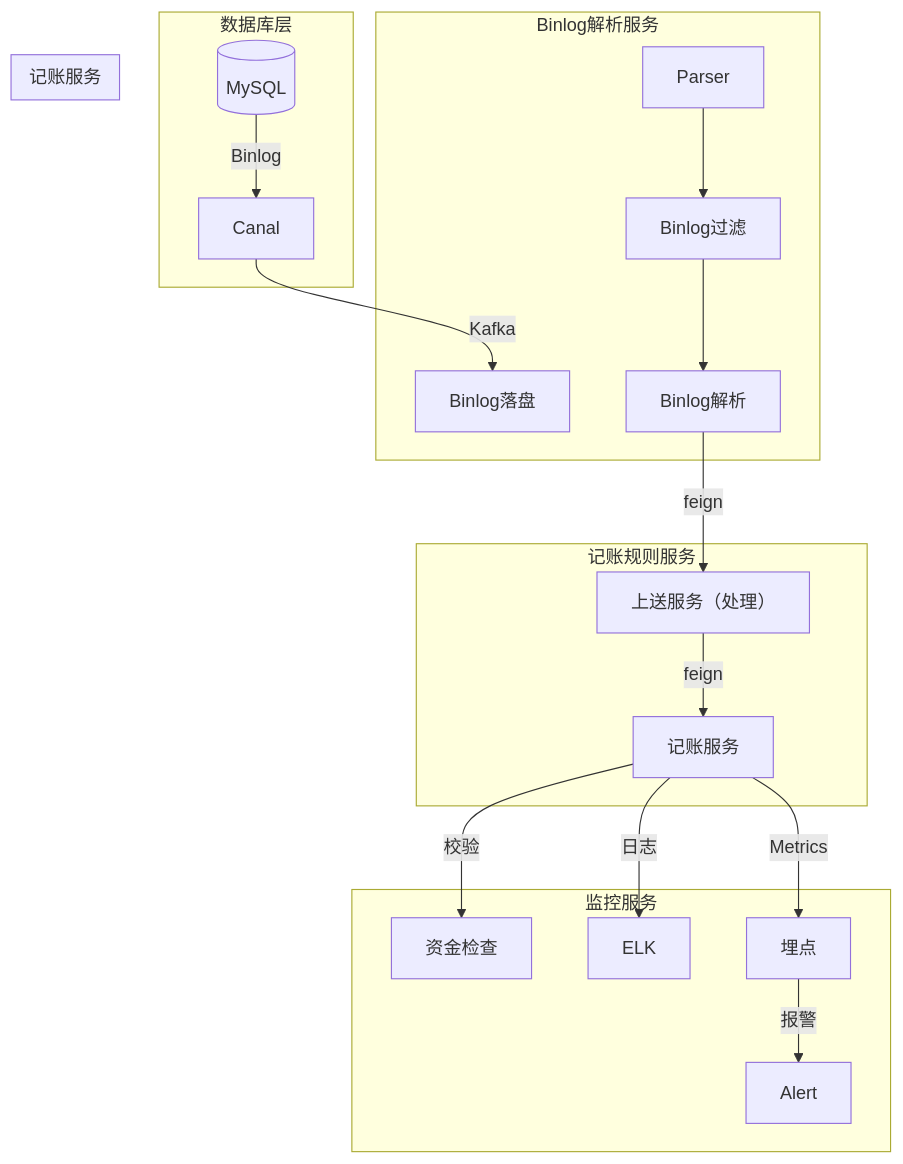
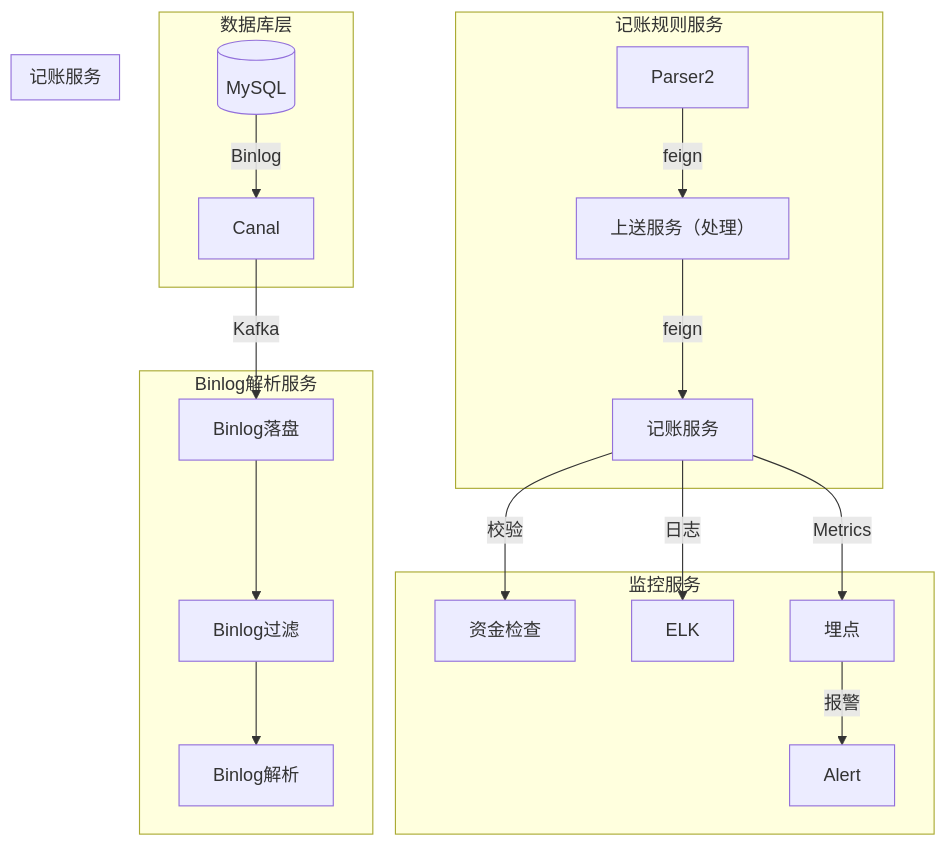
One commit to 87828943/iodraw-files changed the diagram in all/记账架构图.md. Above: the diagram before and after it, drawn with Mermaid.

Commit message:
2025-07-07 14:44:29 update

````diff
--- a/all/记账架构图.md
+++ b/all/记账架构图.md
@@ -1,24 +1,24 @@
 ```mermaid
 graph TB
     subgraph 数据库层
         DB[(MySQL)] -->|Binlog| Canal
     end
     subgraph Binlog解析服务
-        Canal -->|Kafka| Bing[Binlog落盘]
-        Parser --> Parser1[Binlog过滤]
-        Parser1 --> Parser2[Binlog解析]
+        Canal -->|Kafka| Binlog[Binlog落盘]
+        Binlog --> Binlog1[Binlog过滤]
+        Binlog1 --> Binlog2[Binlog解析]
     end
     subgraph 记账规则服务
         Parser2 -->|feign| Engine[上送服务（处理）]
         Engine -->|feign| Accounting[记账服务]
     end
     subgraph 记账服务
        
     end
     subgraph 监控服务
         Accounting --> |校验| 资金检查
         Accounting -->|日志| ELK
         Accounting -->|Metrics| 埋点
         埋点 -->|报警| Alert
     end
 ```
````
